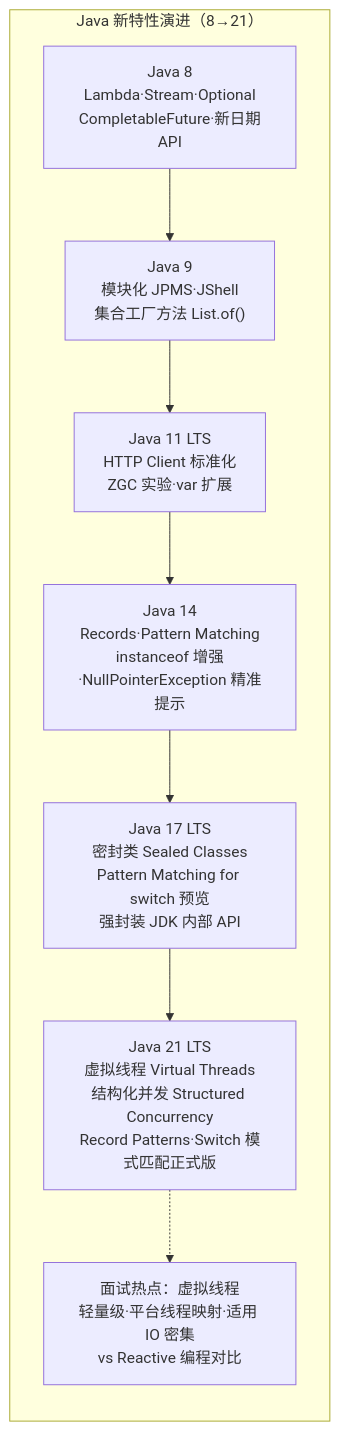
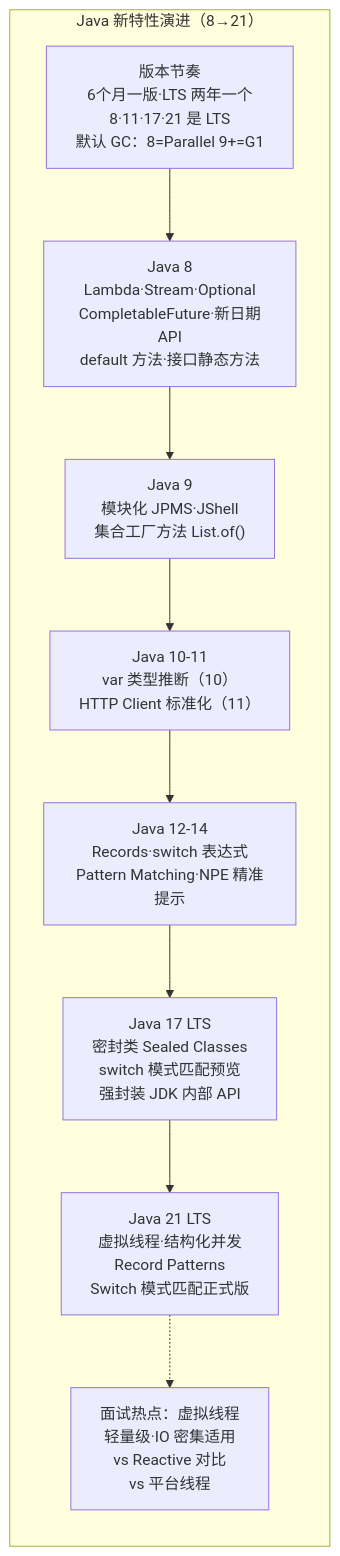
Before and after one commit to SongerJia/road-java: the diagram in 05-JavaNewFeatures/11.md, drawn with Mermaid. The commit also changed 11 other files, not shown here.

````diff
--- a/05-JavaNewFeatures/11.md
+++ b/05-JavaNewFeatures/11.md
@@ -1,12 +1,14 @@
 ```mermaid
 flowchart TB
     subgraph 新特性["Java 新特性演进（8→21）"]
         direction TB
-        E1["Java 8<br/>Lambda·Stream·Optional<br/>CompletableFuture·新日期API"] --> E2["Java 9<br/>模块化 JPMS·JShell<br/>集合工厂方法 List.of()"]
-        E2 --> E3["Java 11 LTS<br/>HTTP Client 标准化<br/>ZGC 实验·var 扩展"]
-        E3 --> E4["Java 14<br/>Records·Pattern Matching<br/>instanceof 增强·NullPointerException 精准提示"]
-        E4 --> E5["Java 17 LTS<br/>密封类 Sealed Classes<br/>Pattern Matching for switch 预览<br/>强封装 JDK 内部 API"]
-        E5 --> E6["Java 21 LTS<br/>虚拟线程 Virtual Threads<br/>结构化并发 Structured Concurrency<br/>Record Patterns·Switch 模式匹配正式版"]
-        E6 -.-> E7["面试热点：虚拟线程<br/>轻量级·平台线程映射·适用 IO 密集<br/>vs Reactive 编程对比"]
+        E0["版本节奏<br/>6个月一版·LTS 两年一个<br/>8·11·17·21 是 LTS<br/>默认 GC：8=Parallel 9+=G1"]
+        E0 --> E1["Java 8<br/>Lambda·Stream·Optional<br/>CompletableFuture·新日期API<br/>default 方法·接口静态方法"]
+        E1 --> E2["Java 9<br/>模块化 JPMS·JShell<br/>集合工厂方法 List.of()"]
+        E2 --> E3["Java 10-11<br/>var 类型推断（10）<br/>HTTP Client 标准化（11）"]
+        E3 --> E4["Java 12-14<br/>Records·switch 表达式<br/>Pattern Matching·NPE 精准提示"]
+        E4 --> E5["Java 17 LTS<br/>密封类 Sealed Classes<br/>switch 模式匹配预览<br/>强封装 JDK 内部 API"]
+        E5 --> E6["Java 21 LTS<br/>虚拟线程·结构化并发<br/>Record Patterns<br/>Switch 模式匹配正式版"]
+        E6 -.-> E7["面试热点：虚拟线程<br/>轻量级·IO 密集适用<br/>vs Reactive 对比<br/>vs 平台线程"]
     end
 ```
````
